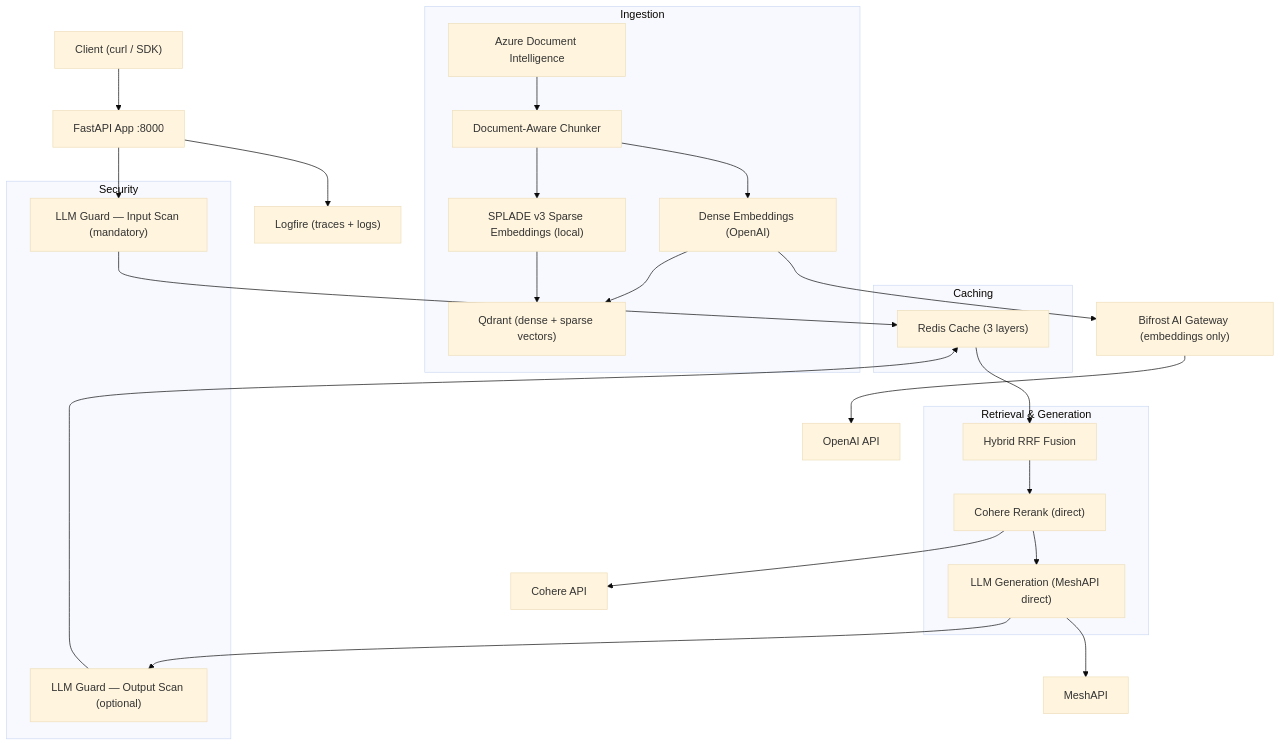
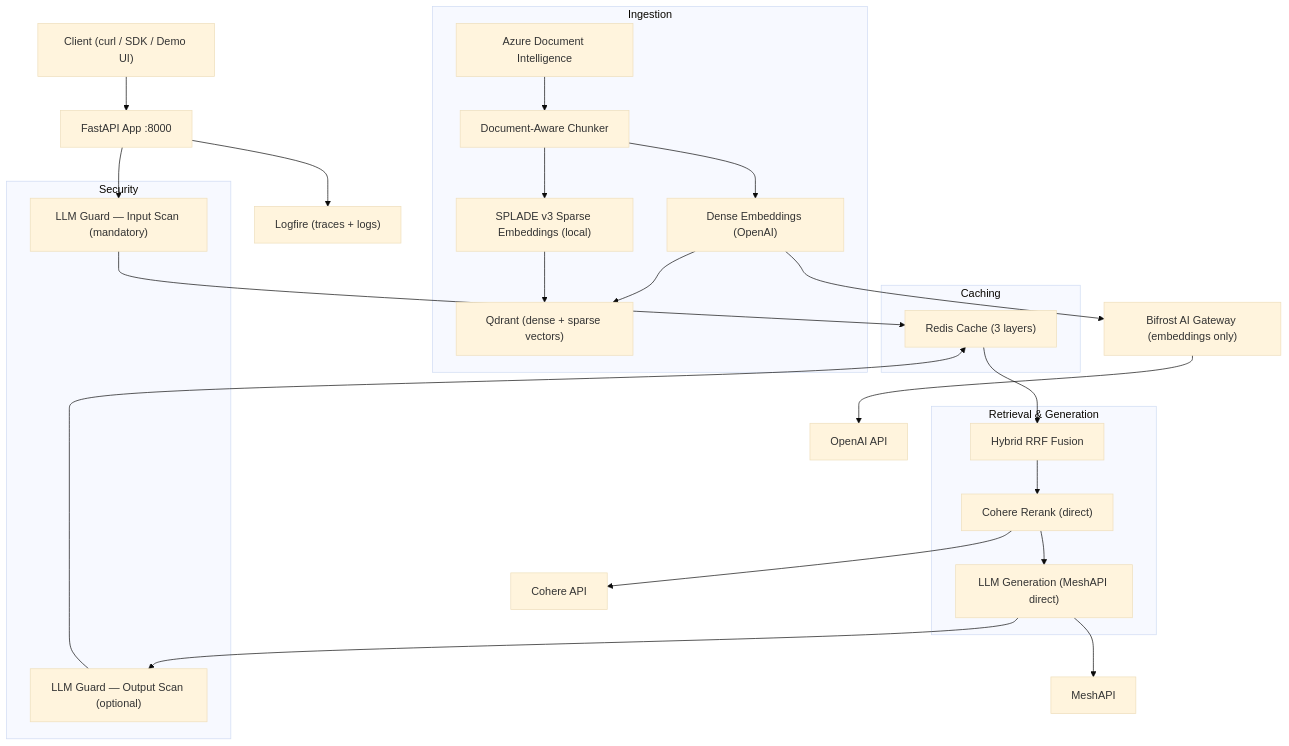
The diagram in README.md (Murtuzasaifee/RAG-Hackathon), drawn with Mermaid (base theme) before and after one commit. The commit also changed other lines of this file, not shown here.

````diff
--- a/README.md
+++ b/README.md
@@ -9,47 +9,47 @@
 ```mermaid
 graph TB
-    Client["Client (curl / SDK)"]
+    Client["Client (curl / SDK / Demo UI)"]
     App["FastAPI App :8000"]
     Logfire["Logfire (traces + logs)"]
 
     subgraph Ingestion
         ADI["Azure Document Intelligence"]
         Chunker["Document-Aware Chunker"]
         DenseEmb["Dense Embeddings (OpenAI)"]
         SparseEmb["SPLADE v3 Sparse Embeddings (local)"]
         Qdrant["Qdrant (dense + sparse vectors)"]
     end
 
     subgraph Retrieval & Generation
         Hybrid["Hybrid RRF Fusion"]
         Reranker["Cohere Rerank (direct)"]
         Generator["LLM Generation (MeshAPI direct)"]
     end
 
     subgraph Security
         GuardIn["LLM Guard — Input Scan (mandatory)"]
         GuardOut["LLM Guard — Output Scan (optional)"]
     end
 
     subgraph Caching
         Redis["Redis Cache (3 layers)"]
     end
 
     Bifrost["Bifrost AI Gateway (embeddings only)"]
     OpenAI["OpenAI API"]
     MeshAPI["MeshAPI"]
     Cohere["Cohere API"]
 
     Client --> App
     App --> GuardIn
     GuardIn --> Redis
     Redis --> Hybrid
     ADI --> Chunker --> DenseEmb --> Qdrant
     Chunker --> SparseEmb --> Qdrant
     Hybrid --> Reranker --> Generator --> GuardOut
     GuardOut --> Redis
     DenseEmb --> Bifrost --> OpenAI
     Reranker --> Cohere
     Generator --> MeshAPI
     App --> Logfire
 ```
````
